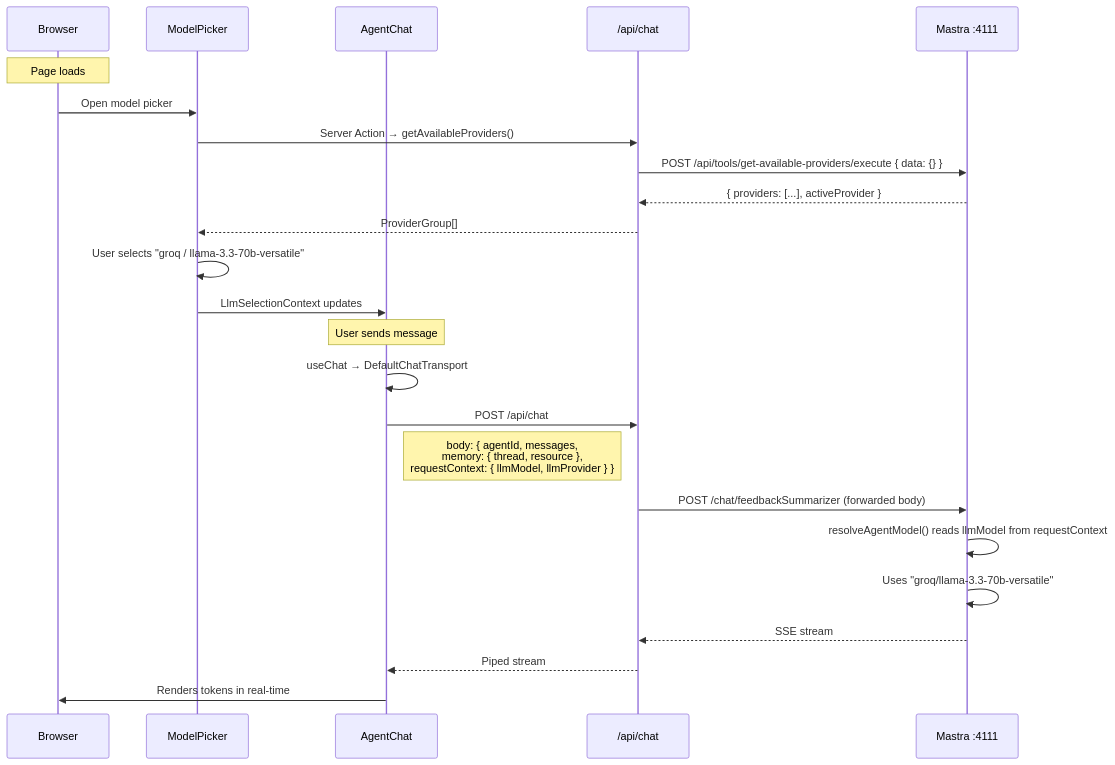
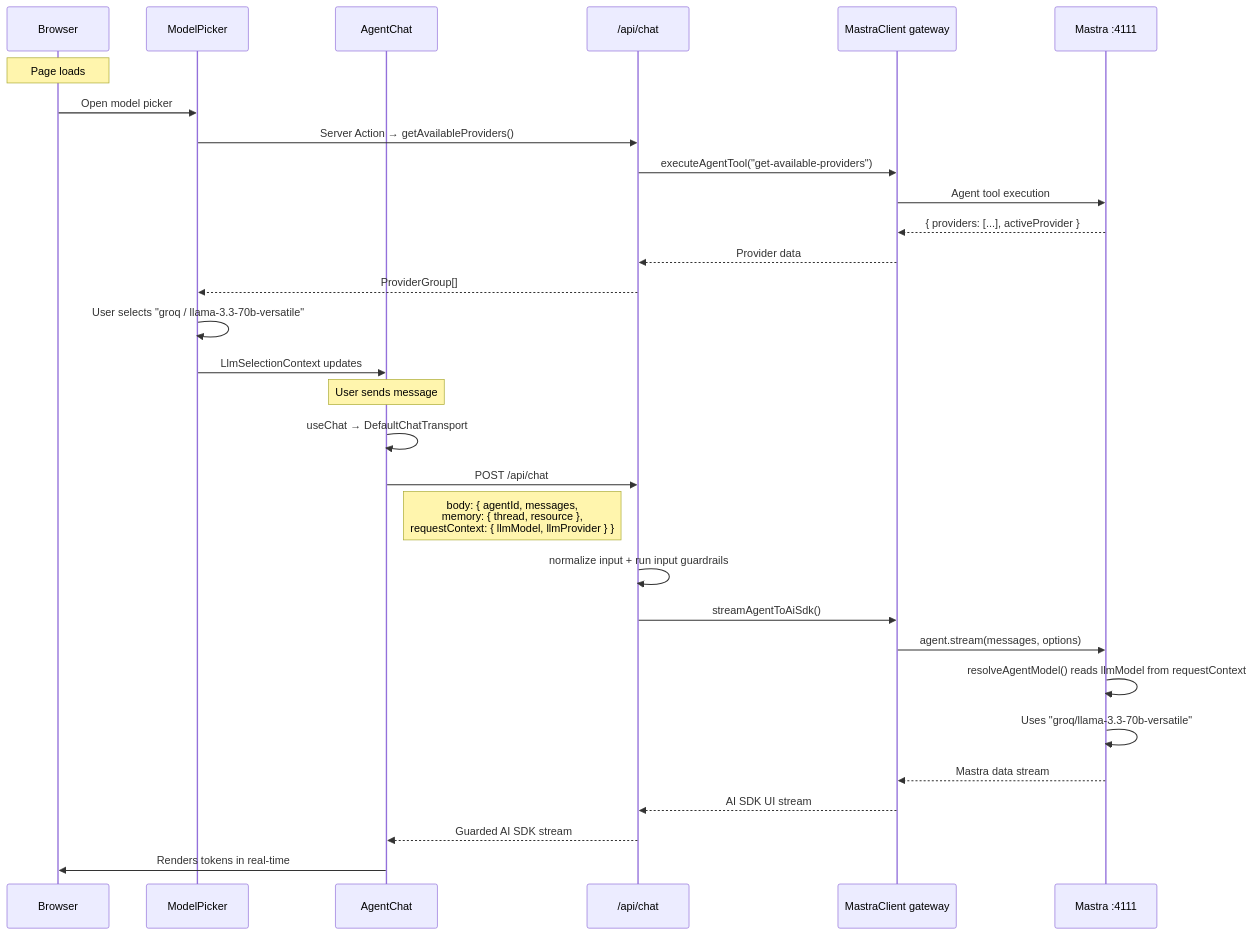
The second of 3 diagrams in docs/architecture/mastra-web-connection.md (khedhar108/monorepo-shadcn-tailwindcss), drawn with Mermaid before and after one commit. The commit also changed other lines of this file and 18 other files, not shown here.

````diff
--- a/docs/architecture/mastra-web-connection.md
+++ b/docs/architecture/mastra-web-connection.md
@@ -485,28 +515,34 @@
 ```mermaid
 sequenceDiagram
   participant B as Browser
   participant P as ModelPicker
   participant C as AgentChat
   participant R as /api/chat
+  participant G as MastraClient gateway
   participant M as Mastra :4111
 
   Note over B: Page loads
   B->>P: Open model picker
   P->>R: Server Action → getAvailableProviders()
-  R->>M: POST /api/tools/get-available-providers/execute { data: {} }
-  M-->>R: { providers: [...], activeProvider }
+  R->>G: executeAgentTool("get-available-providers")
+  G->>M: Agent tool execution
+  M-->>G: { providers: [...], activeProvider }
+  G-->>R: Provider data
   R-->>P: ProviderGroup[]
   P->>P: User selects "groq / llama-3.3-70b-versatile"
   P->>C: LlmSelectionContext updates
 
   Note over C: User sends message
   C->>C: useChat → DefaultChatTransport
   C->>R: POST /api/chat
   Note right of C: body: { agentId, messages,<br/>memory: { thread, resource },<br/>requestContext: { llmModel, llmProvider } }
-  R->>M: POST /chat/feedbackSummarizer (forwarded body)
+  R->>R: normalize input + run input guardrails
+  R->>G: streamAgentToAiSdk()
+  G->>M: agent.stream(messages, options)
   M->>M: resolveAgentModel() reads llmModel from requestContext
   M->>M: Uses "groq/llama-3.3-70b-versatile"
-  M-->>R: SSE stream
-  R-->>C: Piped stream
+  M-->>G: Mastra data stream
+  G-->>R: AI SDK UI stream
+  R-->>C: Guarded AI SDK stream
   C->>B: Renders tokens in real-time
 ```
````
